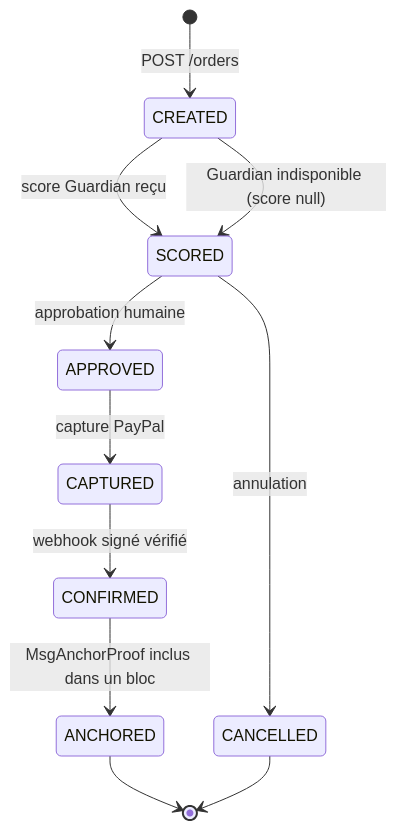
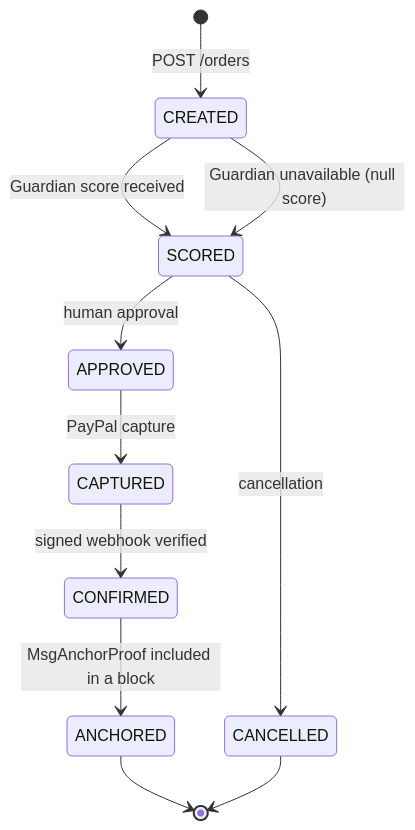
Before and after one commit to joeylukoji/Aurix: the fourth of 6 diagrams in docs/architecture/services.md, drawn with Mermaid. The commit also changed other lines of this file and 6 other files, not shown here.

````diff
--- a/docs/architecture/services.md
+++ b/docs/architecture/services.md
@@ -123,13 +123,13 @@
 ```mermaid
 stateDiagram-v2
     [*] --> CREATED: POST /orders
-    CREATED --> SCORED: score Guardian reçu
-    CREATED --> SCORED: Guardian indisponible (score null)
-    SCORED --> APPROVED: approbation humaine
-    SCORED --> CANCELLED: annulation
-    APPROVED --> CAPTURED: capture PayPal
-    CAPTURED --> CONFIRMED: webhook signé vérifié
-    CONFIRMED --> ANCHORED: MsgAnchorProof inclus dans un bloc
+    CREATED --> SCORED: Guardian score received
+    CREATED --> SCORED: Guardian unavailable (null score)
+    SCORED --> APPROVED: human approval
+    SCORED --> CANCELLED: cancellation
+    APPROVED --> CAPTURED: PayPal capture
+    CAPTURED --> CONFIRMED: signed webhook verified
+    CONFIRMED --> ANCHORED: MsgAnchorProof included in a block
     ANCHORED --> [*]
     CANCELLED --> [*]
 ```
````
